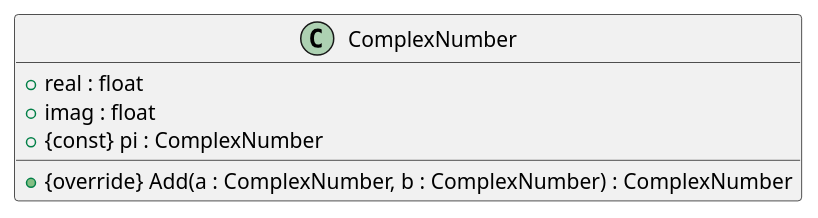
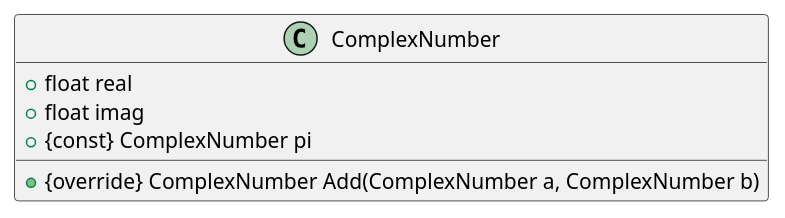
One commit to ZhiZe-ZG/UMLLesson changed the eighth of 13 diagrams in PlantUML/Lesson02.md. Above: the diagram before and after it, drawn with PlantUML. The commit also changed other lines of this file and 1 other file, not shown here.

````diff
--- a/PlantUML/Lesson02.md
+++ b/PlantUML/Lesson02.md
@@ -108,8 +108,8 @@
 ```PlantUML
 class ComplexNumber{
-    + real : float
-    + imag : float
-    + {const} pi : ComplexNumber
-    + {override} Add(a : ComplexNumber, b : ComplexNumber) : ComplexNumber
+    + float real
+    + float imag
+    + {const} ComplexNumber pi
+    + {override} ComplexNumber Add(ComplexNumber a, ComplexNumber b)
 }
 ```
````
